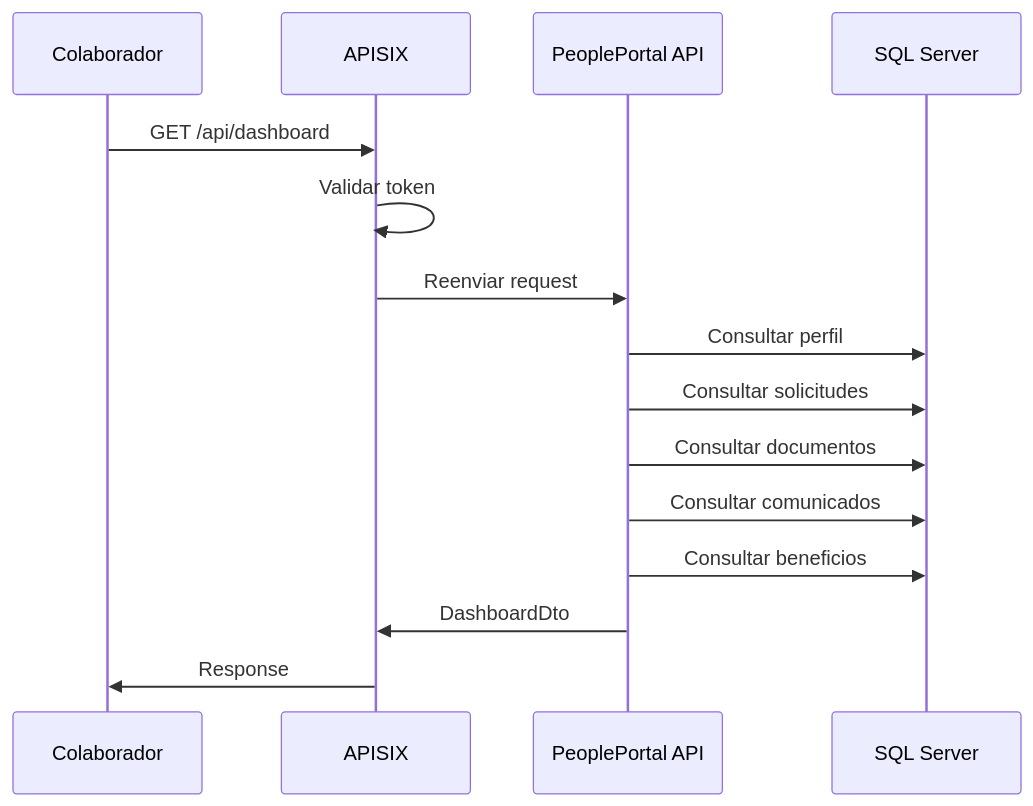
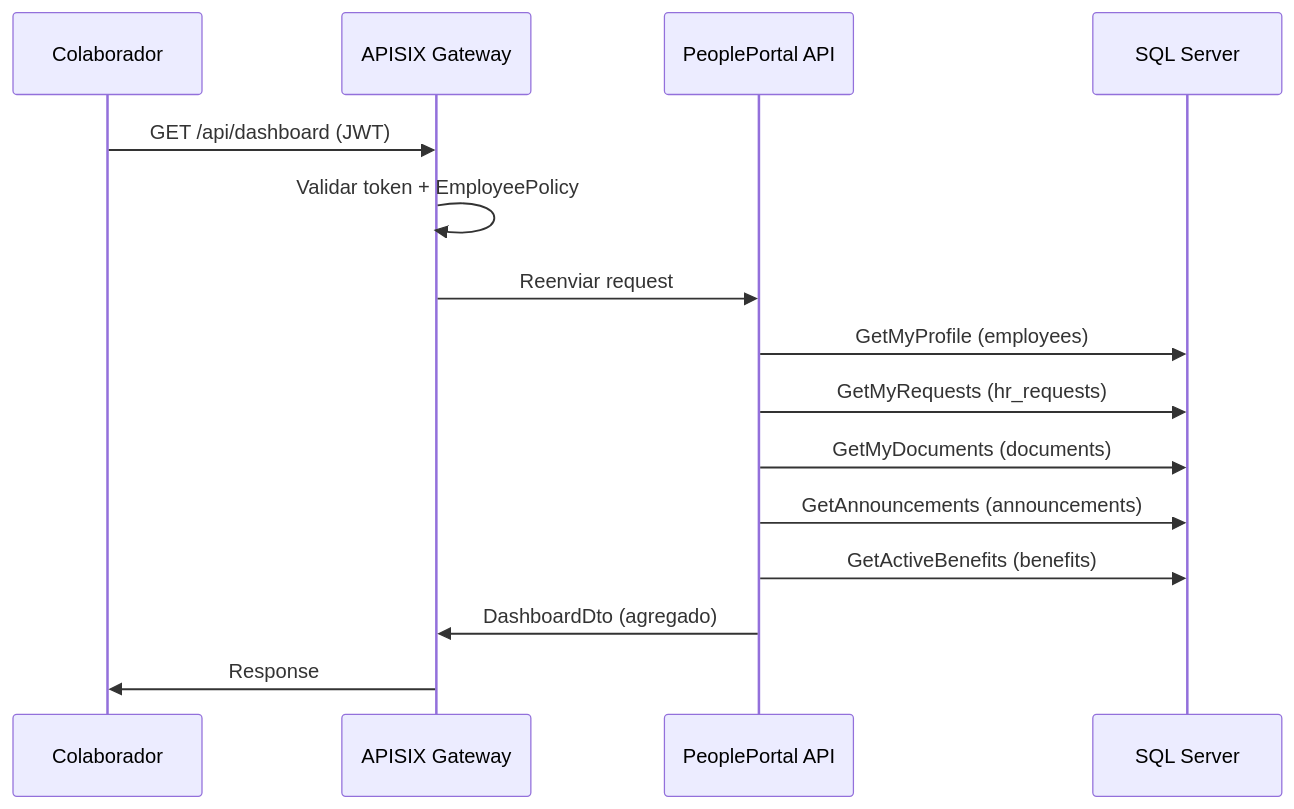
Before and after one commit to bryanjosue17/PeoplePortal-BackEnd: the fourth of 5 diagrams in docs/flujos.md, drawn with Mermaid. The commit also changed other lines of this file and 7 other files, not shown here.

````diff
--- a/docs/flujos.md
+++ b/docs/flujos.md
@@ -61,18 +69,18 @@
 ```mermaid
 sequenceDiagram
     participant C as Colaborador
-    participant A as APISIX
+    participant A as APISIX Gateway
     participant API as PeoplePortal API
     participant DB as SQL Server
-    
-    C->>A: GET /api/dashboard
-    A->>A: Validar token
+
+    C->>A: GET /api/dashboard (JWT)
+    A->>A: Validar token + EmployeePolicy
     A->>API: Reenviar request
-    API->>DB: Consultar perfil
-    API->>DB: Consultar solicitudes
-    API->>DB: Consultar documentos
-    API->>DB: Consultar comunicados
-    API->>DB: Consultar beneficios
-    API->>A: DashboardDto
+    API->>DB: GetMyProfile (employees)
+    API->>DB: GetMyRequests (hr_requests)
+    API->>DB: GetMyDocuments (documents)
+    API->>DB: GetAnnouncements (announcements)
+    API->>DB: GetActiveBenefits (benefits)
+    API->>A: DashboardDto (agregado)
     A->>C: Response
 ```
````
